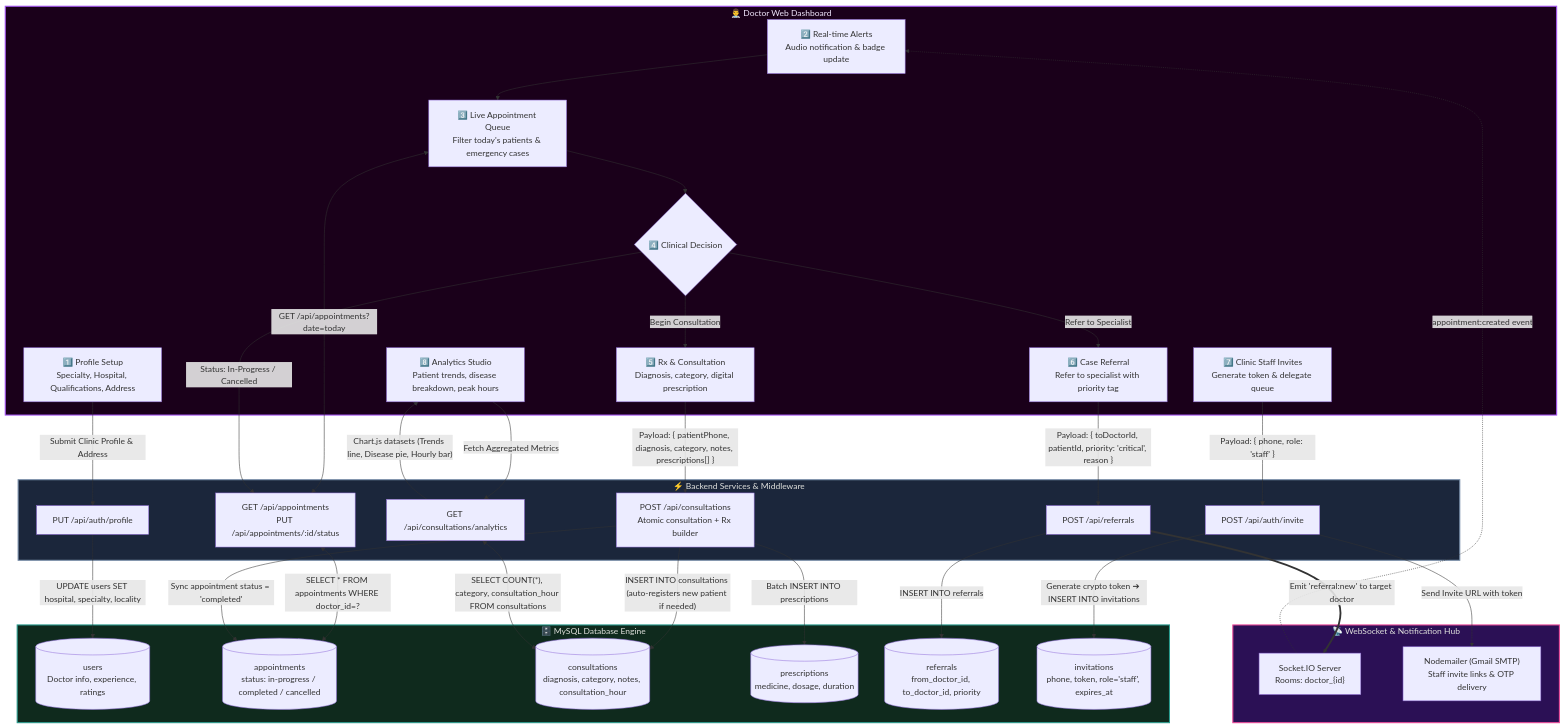
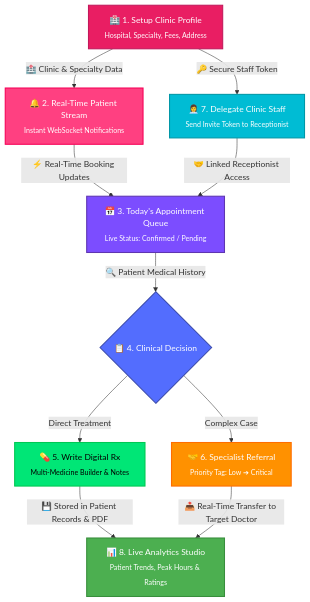
The second of 6 diagrams in README.md (manikant1446/MedZoo), drawn with Mermaid before and after one commit. The commit also changed other lines of this file, not shown here.

````diff
--- a/README.md
+++ b/README.md
@@ -201,79 +153,30 @@
 ```mermaid
 flowchart TD
-    subgraph CLINIC_UI ["👨‍⚕️ Doctor Web Dashboard"]
-        D_PROF["1️⃣ Profile Setup<br/>Specialty, Hospital, Qualifications, Address"]
-        D_NOTIF["2️⃣ Real-time Alerts<br/>Audio notification & badge update"]
-        D_QUEUE["3️⃣ Live Appointment Queue<br/>Filter today's patients & emergency cases"]
-        D_DECIDE{"4️⃣ Clinical Decision"}
-        D_TREAT["5️⃣ Rx & Consultation<br/>Diagnosis, category, digital prescription"]
-        D_REF["6️⃣ Case Referral<br/>Refer to specialist with priority tag"]
-        D_STAFF["7️⃣ Clinic Staff Invites<br/>Generate token & delegate queue"]
-        D_STATS["8️⃣ Analytics Studio<br/>Patient trends, disease breakdown, peak hours"]
-    end
+    A["🏥 1. Setup Clinic Profile<br/><sub>Hospital, Specialty, Fees, Address</sub>"]
+    B["🔔 2. Real-Time Patient Stream<br/><sub>Instant WebSocket Notifications</sub>"]
+    C["📅 3. Today's Appointment Queue<br/><sub>Live Status: Confirmed / Pending</sub>"]
+    D{"📋 4. Clinical Decision"}
+    D1["💊 5. Write Digital Rx<br/><sub>Multi-Medicine Builder & Notes</sub>"]
+    D2["🤝 6. Specialist Referral<br/><sub>Priority Tag: Low ➔ Critical</sub>"]
+    E["👩‍💼 7. Delegate Clinic Staff<br/><sub>Send Invite Token to Receptionist</sub>"]
+    F["📊 8. Live Analytics Studio<br/><sub>Patient Trends, Peak Hours & Ratings</sub>"]
 
-    subgraph API_GATEWAY ["⚡ Backend Services & Middleware"]
-        B_PROF["PUT /api/auth/profile"]
-        B_APPTS["GET /api/appointments<br/>PUT /api/appointments/:id/status"]
-        B_CONS["POST /api/consultations<br/>Atomic consultation + Rx builder"]
-        B_REF["POST /api/referrals"]
-        B_INV["POST /api/auth/invite"]
-        B_STATS["GET /api/consultations/analytics"]
-    end
+    A -->|"🏥 Clinic & Specialty Data"| B
+    B -->|"⚡ Real-Time Booking Updates"| C
+    C -->|"🔍 Patient Medical History"| D
+    D -->|"Direct Treatment"| D1
+    D -->|"Complex Case"| D2
+    D1 -->|"💾 Stored in Patient Records & PDF"| F
+    D2 -->|"📤 Real-Time Transfer to Target Doctor"| F
+    A -->|"🔑 Secure Staff Token"| E
+    E -->|"🤝 Linked Receptionist Access"| C
 
-    subgraph MYSQL ["🗄️ MySQL Database Engine"]
-        M_USERS[("users<br/>Doctor info, experience, ratings")]
-        M_APPTS[("appointments<br/>status: in-progress / completed / cancelled")]
-        M_CONS[("consultations<br/>diagnosis, category, notes, consultation_hour")]
-        M_RX[("prescriptions<br/>medicine, dosage, duration")]
-        M_REF[("referrals<br/>from_doctor_id, to_doctor_id, priority")]
-        M_INV[("invitations<br/>phone, token, role='staff', expires_at")]
-    end
-
-    subgraph REALTIME_SVC ["📡 WebSocket & Notification Hub"]
-        WS_HUB["Socket.IO Server<br/>Rooms: doctor_{id}"]
-        MAIL_HUB["Nodemailer (Gmail SMTP)<br/>Staff invite links & OTP delivery"]
-    end
-
-    %% Doctor Profile
-    D_PROF -->|"Submit Clinic Profile & Address"| B_PROF
-    B_PROF -->|"UPDATE users SET hospital, specialty, locality"| M_USERS
-
-    %% Realtime Reception
-    WS_HUB -.->|"appointment:created event"| D_NOTIF
-    D_NOTIF --> D_QUEUE
-    D_QUEUE <-->|"GET /api/appointments?date=today"| B_APPTS
-    B_APPTS <-->|"SELECT * FROM appointments WHERE doctor_id=?"| M_APPTS
-
-    %% Queue Handling & Decision
-    D_QUEUE --> D_DECIDE
-    D_DECIDE -->|"Begin Consultation"| D_TREAT
-    D_DECIDE -->|"Refer to Specialist"| D_REF
-    D_DECIDE -->|"Status: In-Progress / Cancelled"| B_APPTS
-
-    %% Consultation & Prescription Creation
-    D_TREAT -->|"Payload: { patientPhone, diagnosis, category, notes, prescriptions[] }"| B_CONS
-    B_CONS -->|"INSERT INTO consultations (auto-registers new patient if needed)"| M_CONS
-    B_CONS -->|"Batch INSERT INTO prescriptions"| M_RX
-    B_CONS -->|"Sync appointment status = 'completed'"| M_APPTS
-
-    %% Referral Workflow
-    D_REF -->|"Payload: { toDoctorId, patientId, priority: 'critical', reason }"| B_REF
-    B_REF -->|"INSERT INTO referrals"| M_REF
-    B_REF ==>|"Emit 'referral:new' to target doctor"| WS_HUB
-
-    %% Staff Invitation
-    D_STAFF -->|"Payload: { phone, role: 'staff' }"| B_INV
-    B_INV -->|"Generate crypto token ➔ INSERT INTO invitations"| M_INV
-    B_INV -->|"Send Invite URL with token"| MAIL_HUB
-
-    %% Analytics
-    D_STATS -->|"Fetch Aggregated Metrics"| B_STATS
-    B_STATS <-->|"SELECT COUNT(*), category, consultation_hour FROM consultations"| M_CONS
-    B_STATS -->|"Chart.js datasets (Trends line, Disease pie, Hourly bar)"| D_STATS
-
-    %% Styling
-    style CLINIC_UI fill:#1a001a,color:#f3e8ff,stroke:#a855f7,stroke-width:2px
-    style API_GATEWAY fill:#1b263b,color:#e0e1dd,stroke:#778da9,stroke-width:2px
-    style MYSQL fill:#0f2a1d,color:#e0e1dd,stroke:#2a9d8f,stroke-width:2px
-    style REALTIME_SVC fill:#2b1055,color:#e0e1dd,stroke:#ec4899,stroke-width:2px
+    style A fill:#E91E63,color:#fff,stroke:#C2185B,stroke-width:2px
+    style B fill:#FF4081,color:#fff,stroke:#F50057,stroke-width:2px
+    style C fill:#7C4DFF,color:#fff,stroke:#5E35B1,stroke-width:2px
+    style D fill:#536DFE,color:#fff,stroke:#3949AB,stroke-width:2px
+    style D1 fill:#00E676,color:#000,stroke:#00C853,stroke-width:2px
+    style D2 fill:#FF9100,color:#fff,stroke:#FF6D00,stroke-width:2px
+    style E fill:#00BCD4,color:#fff,stroke:#0097A7,stroke-width:2px
+    style F fill:#4CAF50,color:#fff,stroke:#388E3C,stroke-width:2px
 ```
````
